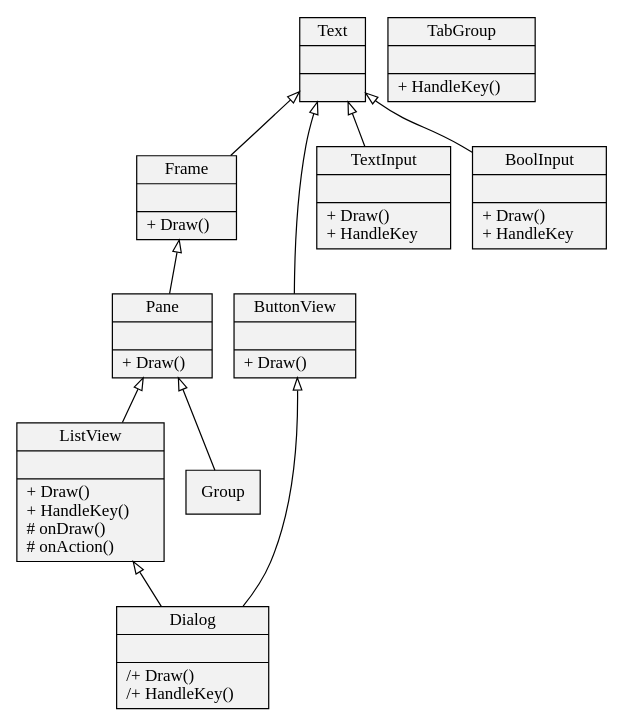
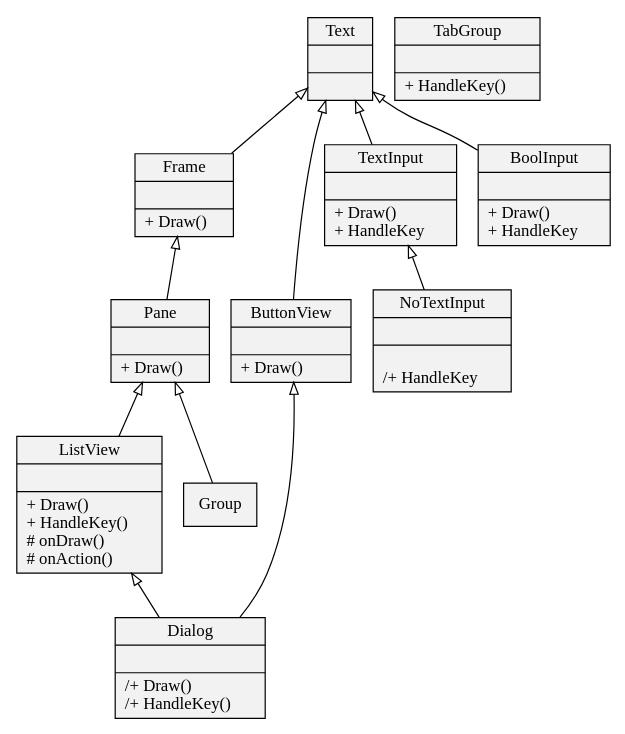
The diagram in docs/source/lib/clui.rst (rstemmer/musicdb), drawn with Graphviz before and after one commit. The commit also changed other lines of this file, not shown here.

Commit message:
Mention the NoTextInput element

```diff
--- a/docs/source/lib/clui.rst
+++ b/docs/source/lib/clui.rst
@@ -15,33 +15,35 @@
    .. graphviz::
 
       digraph hierarchy {
          size="5,8"
          node[shape=record,style=filled,fillcolor=gray95]
          edge[dir=back, arrowtail=empty]
 
          Text        [label = "{Text||}"]
          Frame       [label = "{Frame||+ Draw()\l}"]
          Pane        [label = "{Pane||+ Draw()\l}"]
          ButtonView  [label = "{ButtonView||+ Draw()\l}"]
          ListView    [label = "{ListView||+ Draw()\l+ HandleKey()\l# onDraw()\l# onAction()\l}"]
          Dialog      [label = "{Dialog||/+ Draw()\l/+ HandleKey()\l}"]
          TabGroup    [label = "{TabGroup||+ HandleKey()\l}"]
          TextInput   [label = "{TextInput||+ Draw()\l+ HandleKey\l}"]
+         NoTextInput [label = "{NoTextInput||\l/+ HandleKey\l}"]
          BoolInput   [label = "{BoolInput||+ Draw()\l+ HandleKey\l}"]
 
          Text        -> Frame
          Text        -> TextInput
          Text        -> BoolInput
          Text        -> ButtonView
 
+         TextInput   -> NoTextInput
          Frame       -> Pane
          
          Pane        -> ListView
          Pane        -> Group
 
          ListView    -> Dialog
          ButtonView  -> Dialog
 
          TabGroup
 
       }
```
